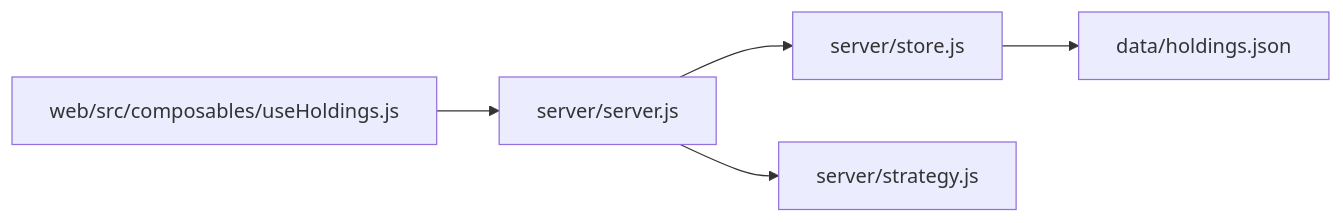
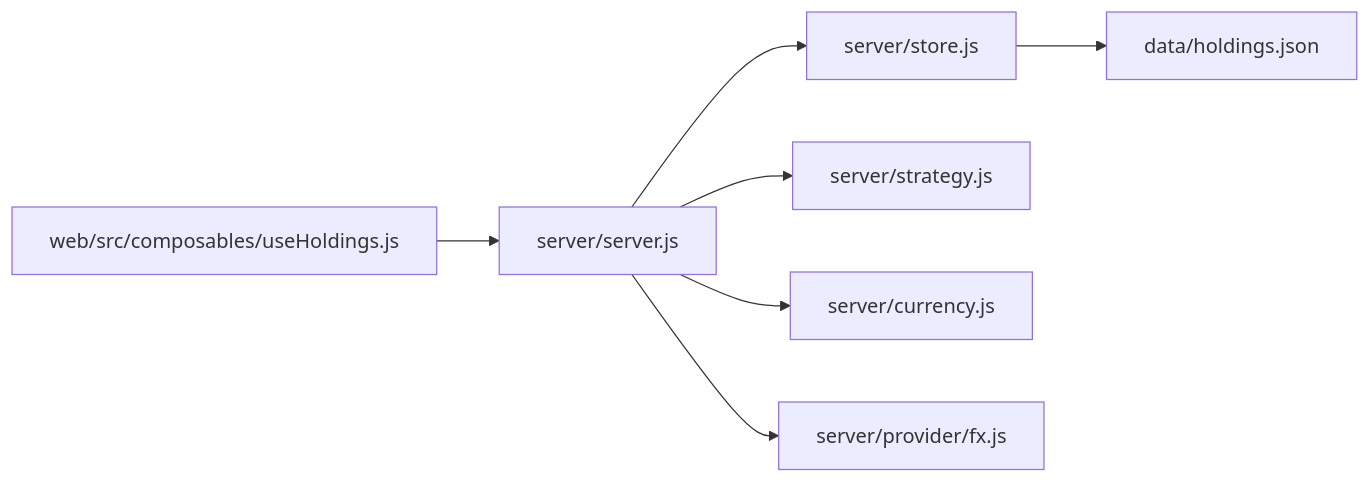
Before and after one commit to salenju/stock-advisor: the third of 3 diagrams in .qoder/repowiki/zh/content/API参考/持仓管理API.md, drawn with Mermaid. The commit also changed other lines of this file and 45 other files, not shown here.

````diff
--- a/.qoder/repowiki/zh/content/API参考/持仓管理API.md
+++ b/.qoder/repowiki/zh/content/API参考/持仓管理API.md
@@ -256,7 +284,9 @@
 ```mermaid
 graph LR
 A["server/server.js"] --> B["server/store.js"]
 A --> C["server/strategy.js"]
-B --> D["data/holdings.json"]
-E["web/src/composables/useHoldings.js"] --> A
+A --> D["server/currency.js"]
+A --> E["server/provider/fx.js"]
+B --> F["data/holdings.json"]
+G["web/src/composables/useHoldings.js"] --> A
 ```
````
